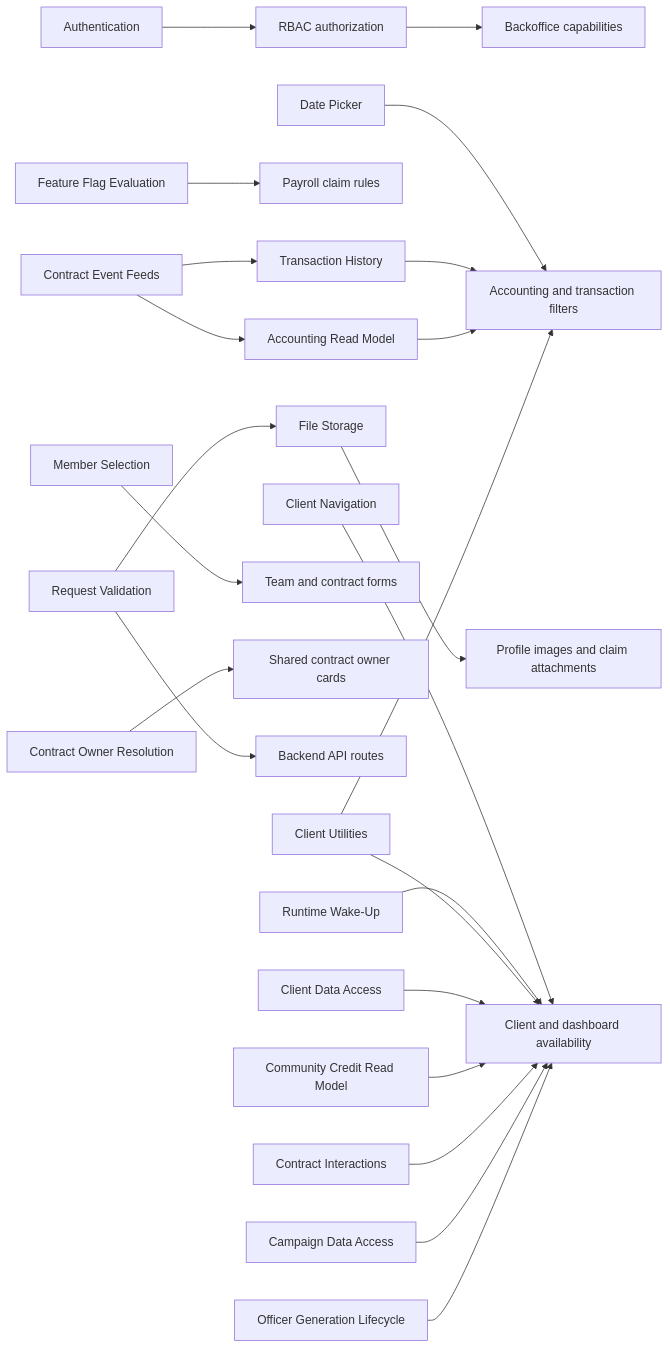
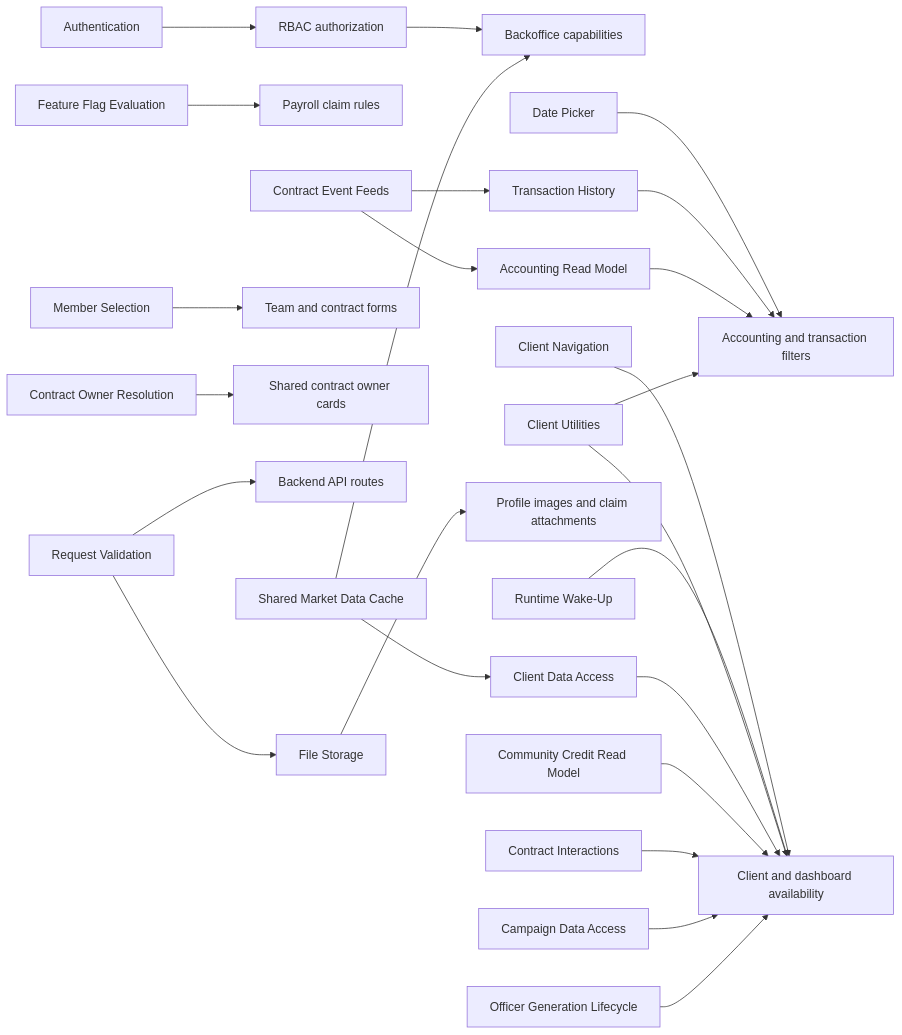
One commit to globe-and-citizen/cnc-portal changed the diagram in docs/implementation/README.md. Above: the diagram before and after it, drawn with Mermaid. The commit also changed other lines of this file and 7 other files, not shown here.

Commit message:
fix: 🐛 update documentation; add details on shared Redis market cache usage across various components

````diff
--- a/docs/implementation/README.md
+++ b/docs/implementation/README.md
@@ -17,25 +17,27 @@
 ```mermaid
 flowchart LR
   auth[Authentication] --> rbac[RBAC authorization]
   rbac --> backoffice[Backoffice capabilities]
   navigation[Client Navigation] --> client[Client feature entry points]
   flags[Feature Flag Evaluation] --> payroll[Payroll claim rules]
   wake[Runtime Wake-Up] --> client[Client and dashboard availability]
   datePicker[Date Picker] --> reports[Accounting and transaction filters]
   contractEvents[Contract Event Feeds] --> transactionHistory
   transactionHistory[Transaction History] --> reports
   contractEvents --> accountingReadModel
   accountingReadModel[Accounting Read Model] --> reports
   selection[Member Selection] --> forms[Team and contract forms]
   owner[Contract Owner Resolution] --> cards[Shared contract owner cards]
   requestValidation[Request Validation] --> api[Backend API routes]
   fileStorage[File Storage] --> uploads[Profile images and claim attachments]
   requestValidation --> fileStorage
   utilities[Client Utilities] --> client
   utilities --> reports
   dataAccess[Client Data Access] --> client
+  marketCache[Shared Market Data Cache] --> dataAccess
+  marketCache --> backoffice
   creditReadModel[Community Credit Read Model] --> client
   contractInteractions[Contract Interactions] --> client
   campaignData[Campaign Data Access] --> client
   officerLifecycle[Officer Generation Lifecycle] --> client
 ```
````
